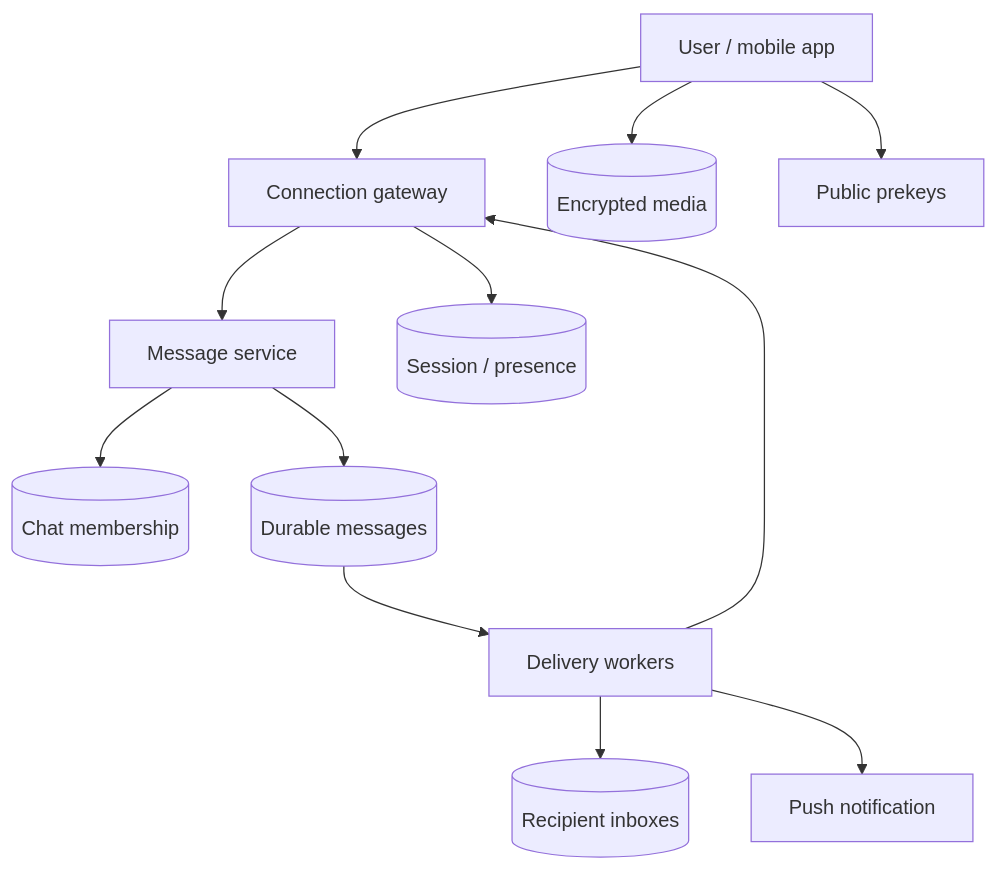
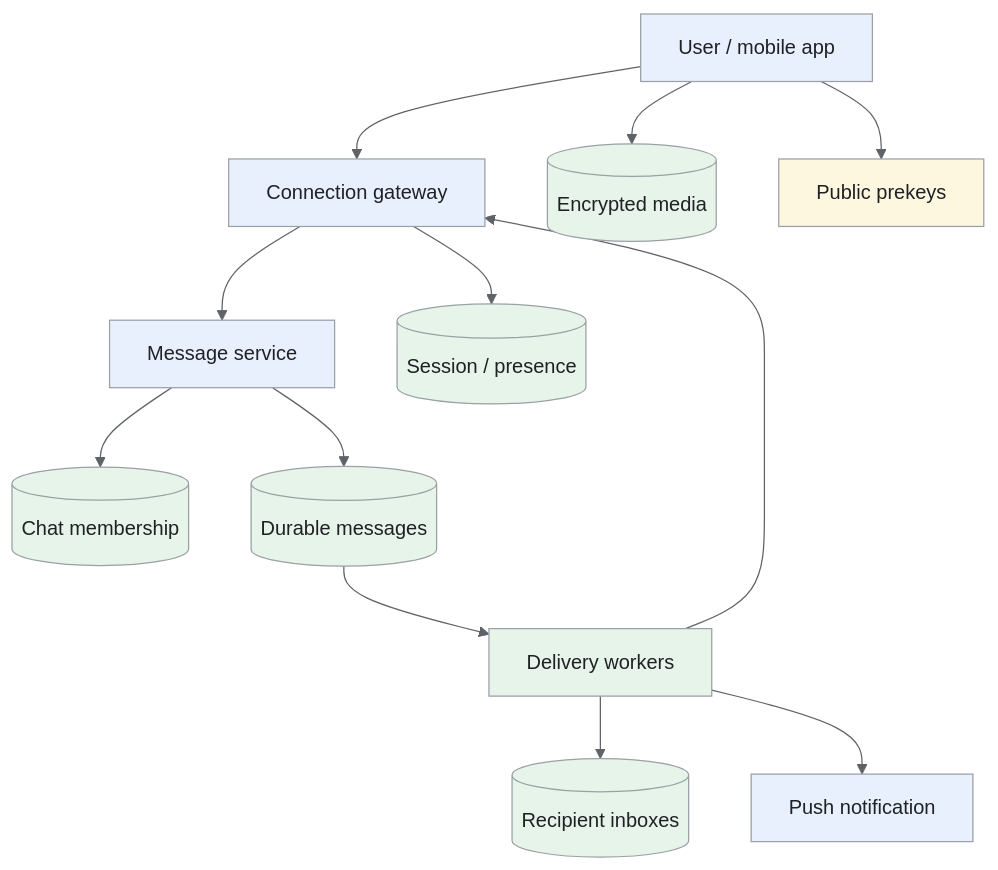
One commit to iliazlobin/iliazlobin.github.io changed the first of 4 diagrams in _designs/system-design-whatsapp.md. Above: the diagram before and after it, drawn with Mermaid. The commit also changed other lines of this file and 25 other files, not shown here.

Commit message:
docs: explain Batch B design flows and tradeoffs

````diff
--- a/_designs/system-design-whatsapp.md
+++ b/_designs/system-design-whatsapp.md
@@ -133,14 +146,22 @@
 ```mermaid
+%%{init: {'theme':'base','themeVariables':{'primaryColor':'#e8f0fe','primaryTextColor':'#202124','primaryBorderColor':'#9aa0a6','lineColor':'#5f6368','secondaryColor':'#e6f4ea','tertiaryColor':'#fef7e0','actorBkg':'#e8f0fe','actorBorder':'#9aa0a6','actorTextColor':'#202124','noteBkgColor':'#fef7e0','noteTextColor':'#202124','noteBorderColor':'#9aa0a6','signalColor':'#5f6368','signalTextColor':'#202124','labelBoxBkgColor':'#fef7e0','labelBoxBorderColor':'#9aa0a6'}}}%%
 flowchart TB
   U["User / mobile app"] --> G["Connection gateway"]
   G --> M["Message service"]
   M --> C[("Chat membership")]
   M --> D[("Durable messages")]
   D --> F["Delivery workers"]
   F --> G
   F --> I[("Recipient inboxes")]
   F --> P["Push notification"]
   G --> R[("Session / presence")]
   U --> O[("Encrypted media")]
   U --> K["Public prekeys"]
+classDef request fill:#e8f0fe,stroke:#9aa0a6,color:#202124;
+classDef data fill:#e6f4ea,stroke:#9aa0a6,color:#202124;
+classDef control fill:#fef7e0,stroke:#9aa0a6,color:#202124;
+class U,G,M,P request;
+class C,D,F,I,R,O data;
+class K control;
+
 ```
````
